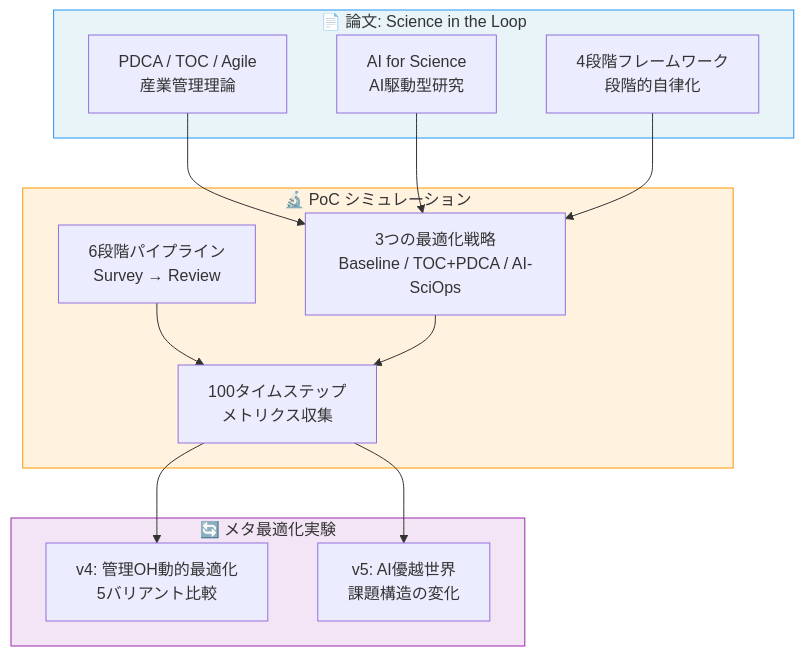
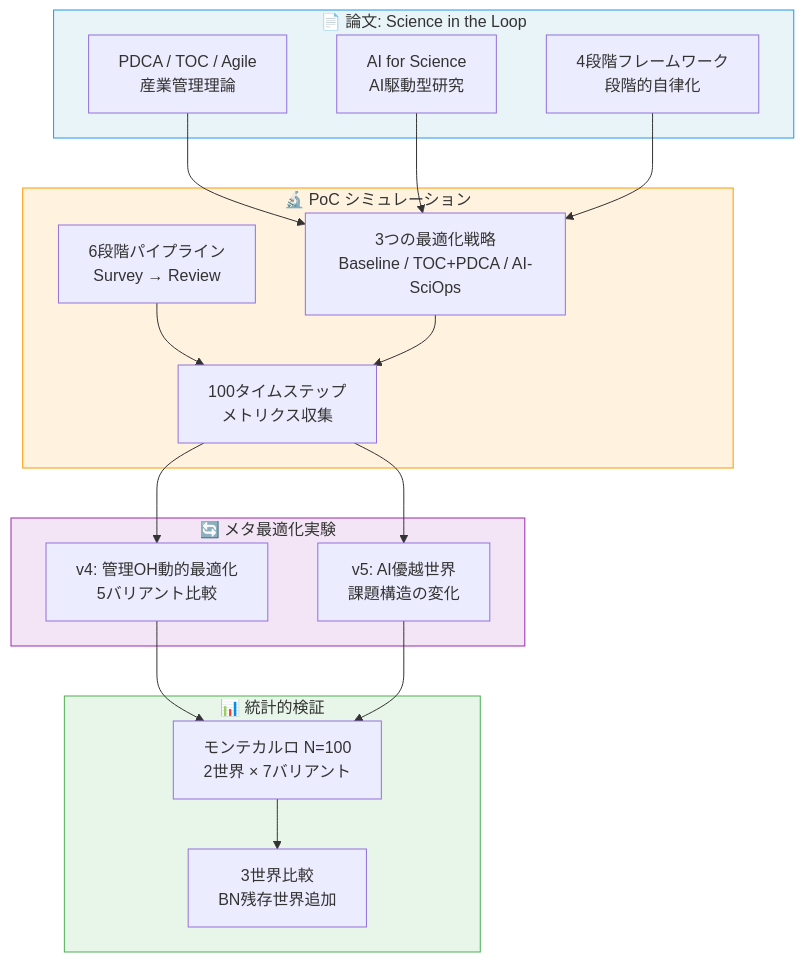
One commit to Taiyou/DeSciTokyo changed the first of 4 diagrams in docs/wiki/Home.md. Above: the diagram before and after it, drawn with Mermaid. The commit also changed other lines of this file and 9 other files, not shown here.

First line of the commit message:
Enrich wiki: MC corrections, cross-references, updated architecture

````diff
--- a/docs/wiki/Home.md
+++ b/docs/wiki/Home.md
@@ -13,31 +13,40 @@
 ```mermaid
 graph TB
     subgraph 論文["📄 論文: Science in the Loop"]
         T1["PDCA / TOC / Agile<br/>産業管理理論"]
         T2["AI for Science<br/>AI駆動型研究"]
         T3["4段階フレームワーク<br/>段階的自律化"]
     end
 
     subgraph PoC["🔬 PoC シミュレーション"]
         P1["6段階パイプライン<br/>Survey → Review"]
         P2["3つの最適化戦略<br/>Baseline / TOC+PDCA / AI-SciOps"]
         P3["100タイムステップ<br/>メトリクス収集"]
     end
 
     subgraph Meta["🔄 メタ最適化実験"]
         M1["v4: 管理OH動的最適化<br/>5バリアント比較"]
         M2["v5: AI優越世界<br/>課題構造の変化"]
     end
 
+    subgraph MC["📊 統計的検証"]
+        MC1["モンテカルロ N=100<br/>2世界 × 7バリアント"]
+        MC2["3世界比較<br/>BN残存世界追加"]
+    end
+
     T1 --> P2
     T2 --> P2
     T3 --> P2
     P1 --> P3
     P2 --> P3
     P3 --> M1
     P3 --> M2
+    M1 --> MC1
+    M2 --> MC1
+    MC1 --> MC2
 
     style 論文 fill:#e8f4f8,stroke:#2196F3
     style PoC fill:#fff3e0,stroke:#FF9800
     style Meta fill:#f3e5f5,stroke:#9C27B0
+    style MC fill:#e8f5e9,stroke:#4CAF50
 ```
````
